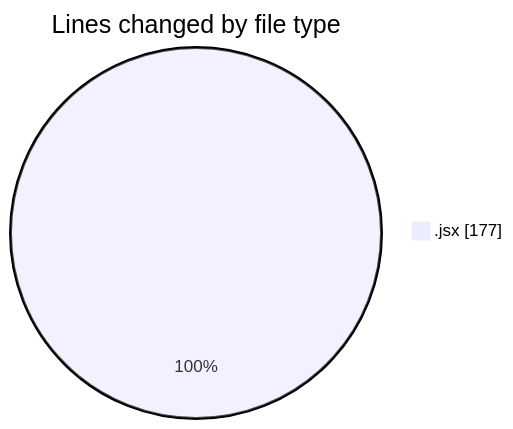
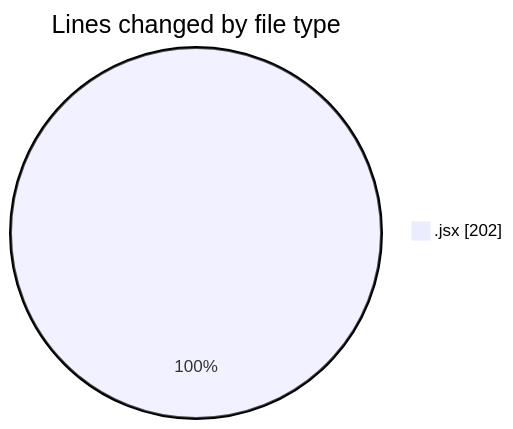
The first of 2 diagrams in 2025-07-10/argos/README.md (nxtqubesakshisongat/code-tracking), drawn with Mermaid before and after one commit. The commit also changed other lines of this file and 1 other file, not shown here.

````diff
--- a/2025-07-10/argos/README.md
+++ b/2025-07-10/argos/README.md
@@ -21,5 +21,5 @@
 ```mermaid
 pie showData
 title Lines changed by file type
-".jsx" : 177
+".jsx" : 202
 ```
````
